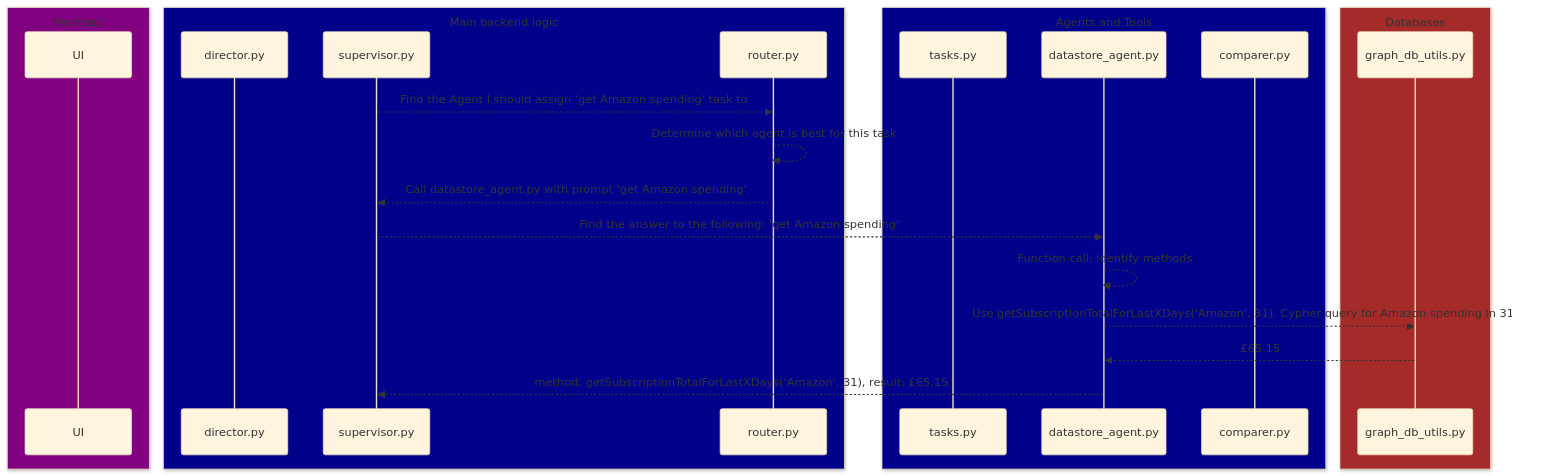
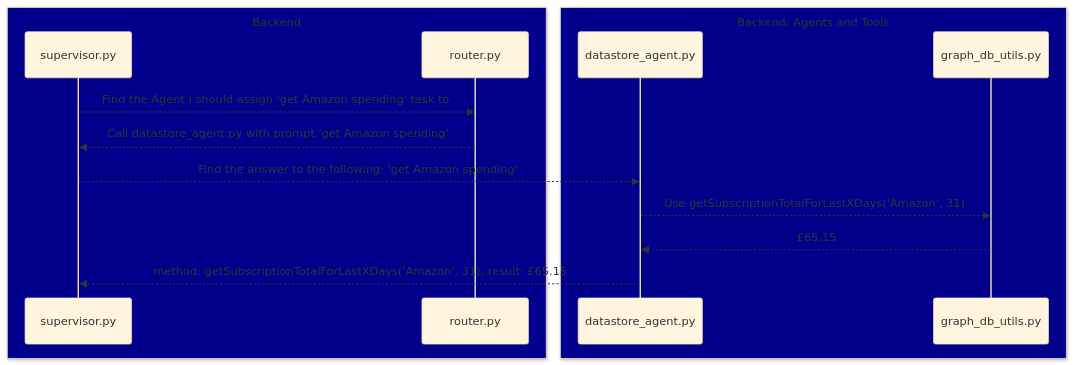
The third of 5 diagrams in assets/sum-my-subscriptions/happy_flows_sum_my_subs_python_modules.md (WaitThatShouldntWork/InferGPT), drawn with Mermaid (base theme) before and after one commit. The commit also changed other lines of this file and 1 other file, not shown here.

Commit message:
Make python modules explicit in diagram

````diff
--- a/assets/sum-my-subscriptions/happy_flows_sum_my_subs_python_modules.md
+++ b/assets/sum-my-subscriptions/happy_flows_sum_my_subs_python_modules.md
@@ -36,27 +30,17 @@
 ```mermaid
 sequenceDiagram
-    box Purple Frontend
-    participant UI
-    end
-    box DarkBlue Main backend logic
-    participant director.py
+    box DarkBlue Backend
     participant supervisor.py
     participant router.py
     end
-    box DarkBlue Agents and Tools
-    participant tasks.py
+    box DarkBlue Backend: Agents and Tools
     participant datastore_agent.py
-    participant comparer.py
-    end
-    box Brown Databases
     participant graph_db_utils.py
     end
     supervisor.py -->> router.py: Find the Agent I should assign 'get Amazon spending' task to
-    router.py -->> router.py: Determine which agent is best for this task
     router.py -->> supervisor.py: Call datastore_agent.py with prompt 'get Amazon spending'
     supervisor.py -->> datastore_agent.py: Find the answer to the following: 'get Amazon spending'
-    datastore_agent.py -->> datastore_agent.py: Function call: identify methods
-    datastore_agent.py -->> graph_db_utils.py: Use getSubscriptionTotalForLastXDays('Amazon', 31). Cypher query for Amazon spending in 31 days
+    datastore_agent.py -->> graph_db_utils.py: Use getSubscriptionTotalForLastXDays('Amazon', 31)
     graph_db_utils.py -->> datastore_agent.py: £65.15
     datastore_agent.py -->> supervisor.py: method: getSubscriptionTotalForLastXDays('Amazon', 31), result: £65.15
 ```
````
